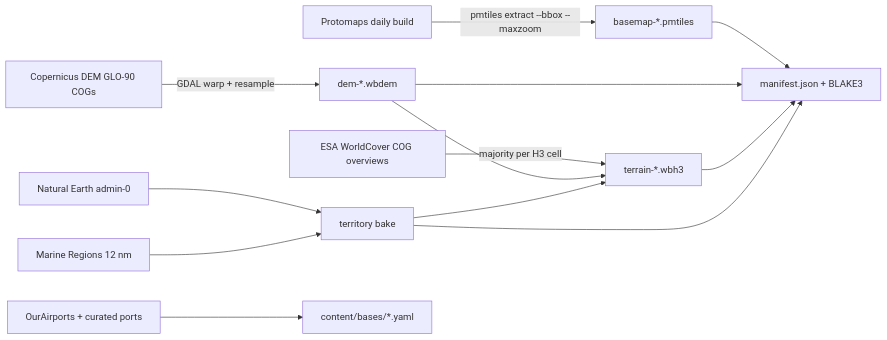
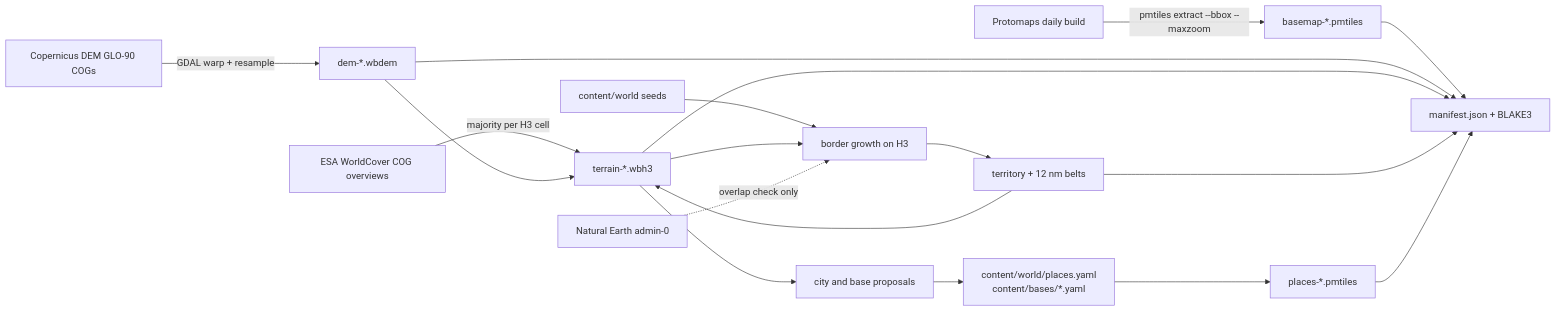
Before and after one commit to vinaymoger1836/warboard: the diagram in docs/05-map-and-geodata.md, drawn with Mermaid. The commit also changed other lines of this file and 5 other files, not shown here.

````diff
--- a/docs/05-map-and-geodata.md
+++ b/docs/05-map-and-geodata.md
@@ -106,12 +105,16 @@
 ```mermaid
 flowchart LR
   PM[Protomaps daily build] -->|pmtiles extract --bbox --maxzoom| BM[basemap-*.pmtiles]
-  NE[Natural Earth admin-0] --> TER[territory bake]
-  MR[Marine Regions 12 nm] --> TER
   CD[Copernicus DEM GLO-90 COGs] -->|GDAL warp + resample| DEM[dem-*.wbdem]
   WC[ESA WorldCover COG overviews] -->|majority per H3 cell| H3[terrain-*.wbh3]
   DEM --> H3
+  SEEDS[content/world seeds] --> GROW[border growth on H3]
+  H3 --> GROW
+  NE[Natural Earth admin-0] -.->|overlap check only| GROW
+  GROW --> TER[territory + 12 nm belts]
   TER --> H3
-  OA[OurAirports + curated ports] --> BASES[content/bases/*.yaml]
-  BM & DEM & H3 & TER --> MAN[manifest.json + BLAKE3]
+  H3 --> PROP[city and base proposals]
+  PROP --> CW[content/world/places.yaml\ncontent/bases/*.yaml]
+  CW --> PL[places-*.pmtiles]
+  BM & DEM & H3 & TER & PL --> MAN[manifest.json + BLAKE3]
 ```
````
